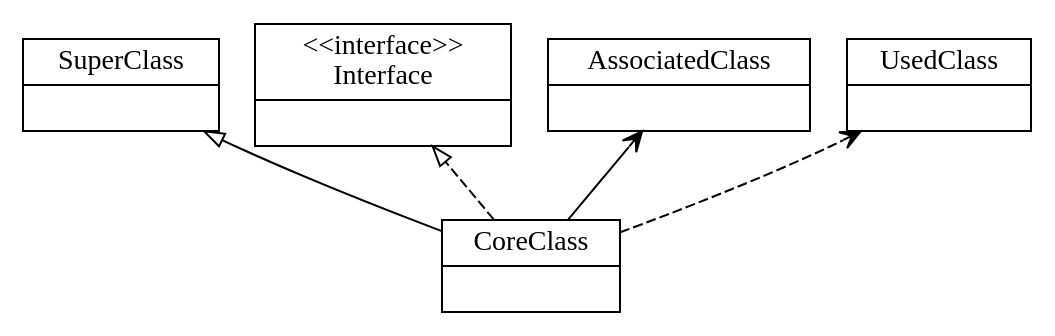
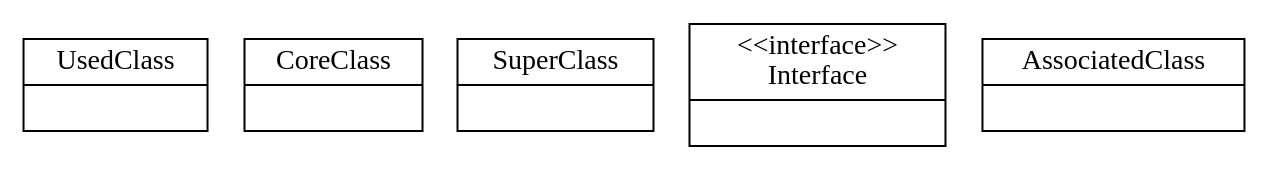
One commit to tpunt3/Csse374 changed the diagram in input_output/unit_test.gv. Above: the diagram before and after it, drawn with Graphviz. The commit also changed 31 other files, not shown here.

```diff
--- a/input_output/unit_test.gv
+++ b/input_output/unit_test.gv
@@ -1,33 +1,29 @@
 digraph model{
 rankdir = BT;
+UsedClass [
+shape="record",
+label = "{UsedClass| }"
+];
+
 CoreClass [
 shape="record",
 label = "{CoreClass| }"
 ];
 
 SuperClass [
 shape="record",
 label = "{SuperClass| }"
 ];
 
 Interface [
 shape="record",
 label = "{\<\<interface\>\>\nInterface| }"
 ];
 
 AssociatedClass [
 shape="record",
 label = "{AssociatedClass| }"
 ];
 
-UsedClass [
-shape="record",
-label = "{UsedClass| }"
-];
-
 //writing relations between classes now
-CoreClass -> SuperClass [arrowhead = "empty"];
-CoreClass -> Interface [arrowhead = "empty", style = "dashed"];
-CoreClass -> AssociatedClass [arrowhead = "vee"];
-CoreClass -> UsedClass [arrowhead = "vee", style = "dashed"];
 }
```
